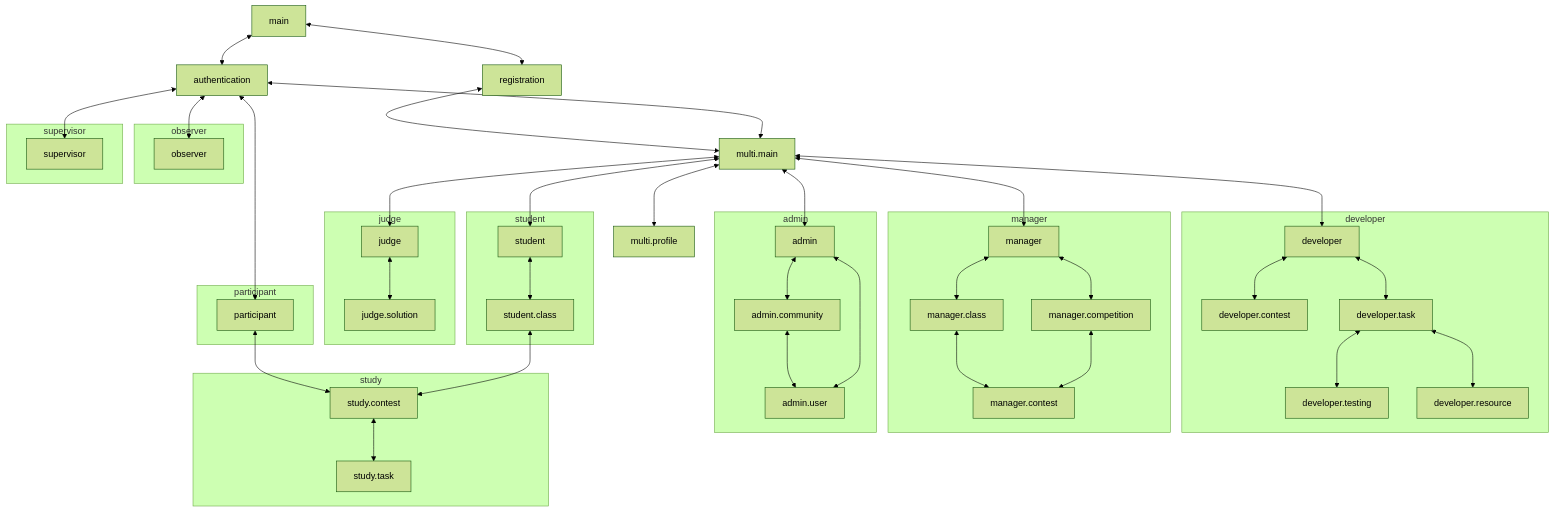
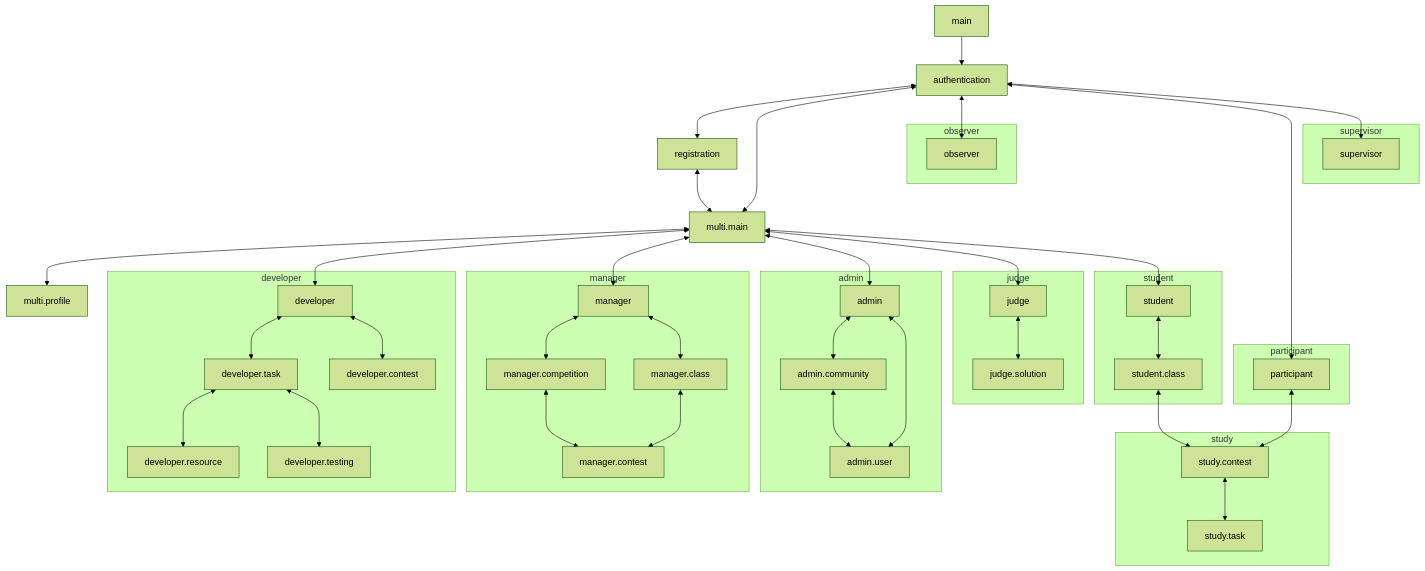
One commit to trik-testsys/testsys-app changed the diagram in docs/domain/features.md. Above: the diagram before and after it, drawn with Mermaid (forest theme). The commit also changed other lines of this file and 329 other files, not shown here.

```diff
--- a/docs/domain/features.md
+++ b/docs/domain/features.md
@@ -3823,8 +3918,8 @@
 
     Participant[participant];
 
-    Main<-->Login;
-    Main<-->Registration;
+    Main-->Login;
+    Login<-->Registration;
 
     Login<-->MultiMain;
     Login<-->Observer;
```
